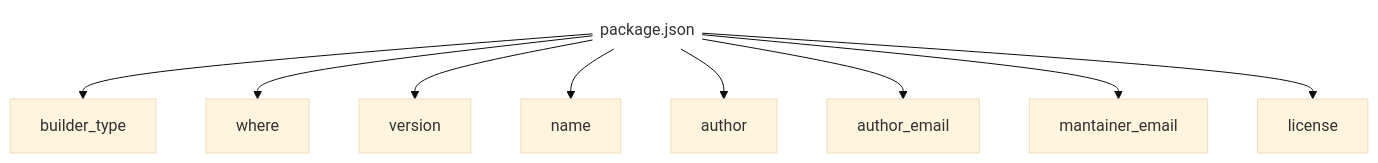
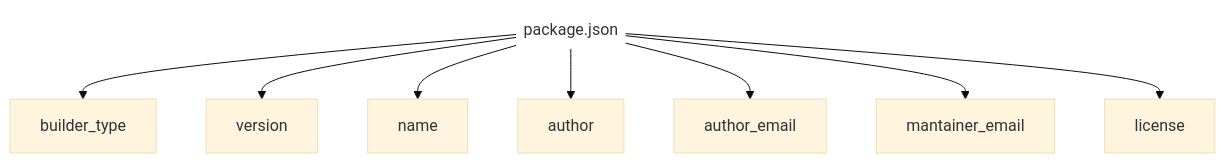
The second of 2 diagrams in docs/README.md (Guille-ux/ConduitPkg), drawn with Mermaid (base theme) before and after one commit. The commit also changed 2 other files, not shown here.

Commit message:
adding templates

````diff
--- a/docs/README.md
+++ b/docs/README.md
@@ -18,9 +18,9 @@
 ```mermaid
 ---
 config:
   layout: dagre
 ---
 flowchart TD
-    n1["package.json"] --> n2["builder_type"] & n3["where"] & n4["version"] & n5["name"] & n6["author"] & n7["author_email"] & n8["mantainer_email"] & n9["license"]
+    n1["package.json"] --> n2["builder_type"] & n4["version"] & n5["name"] & n6["author"] & n7["author_email"] & n8["mantainer_email"] & n9["license"]
     n1@{ shape: text}
 ```
````
